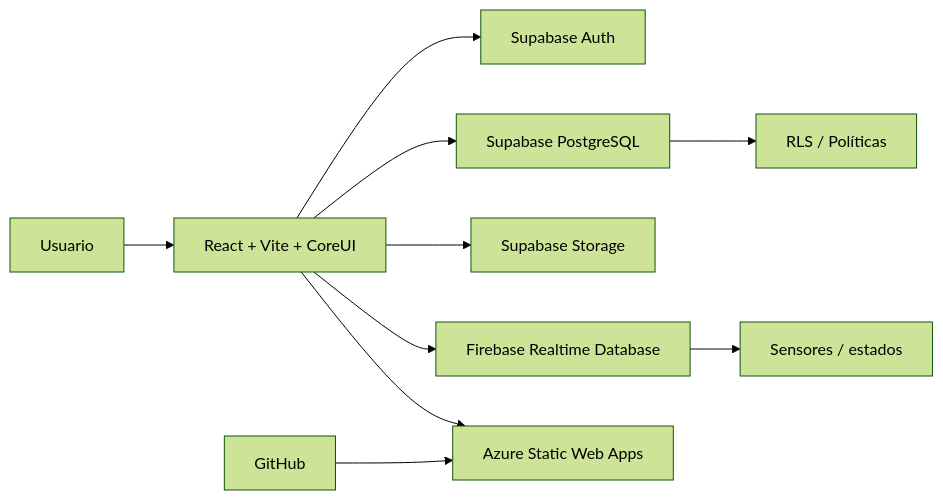
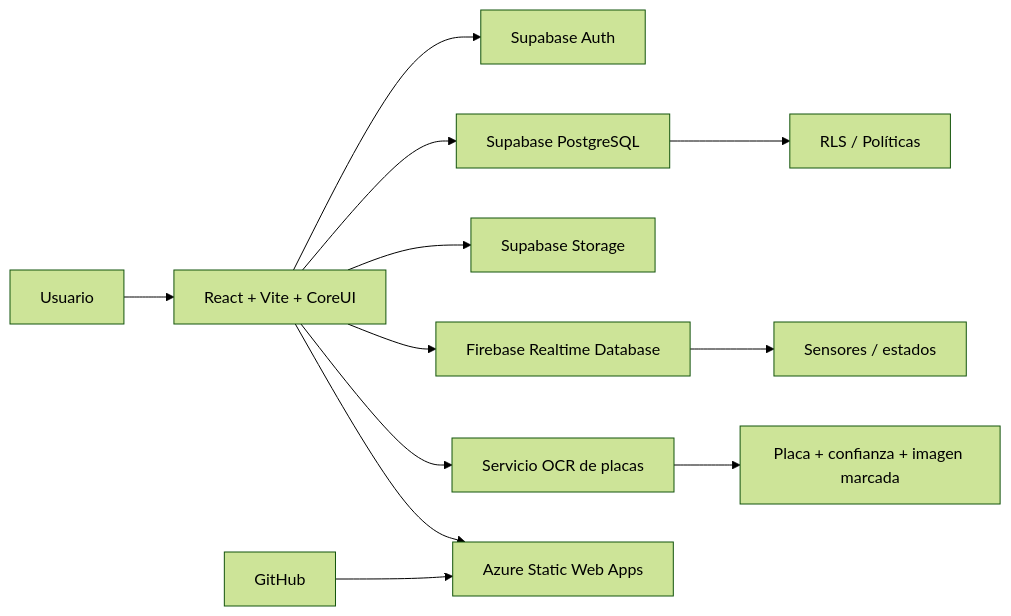
The first of 2 diagrams in README.md (KEVINANNB/Parqueadero-Inteligente), drawn with Mermaid (forest theme) before and after one commit. The commit also changed other lines of this file, not shown here.

````diff
--- a/README.md
+++ b/README.md
@@ -228,12 +291,14 @@
 ```mermaid
 flowchart LR
     U[Usuario] --> R[React + Vite + CoreUI]
     R --> A[Supabase Auth]
     R --> S[Supabase PostgreSQL]
     R --> ST[Supabase Storage]
     R --> F[Firebase Realtime Database]
+    R --> OCR[Servicio OCR de placas]
+    OCR --> OR[Placa + confianza + imagen marcada]
     S --> RL[RLS / Políticas]
     F --> SE[Sensores / estados]
     R --> AZ[Azure Static Web Apps]
     GH[GitHub] --> AZ
 ```
````
